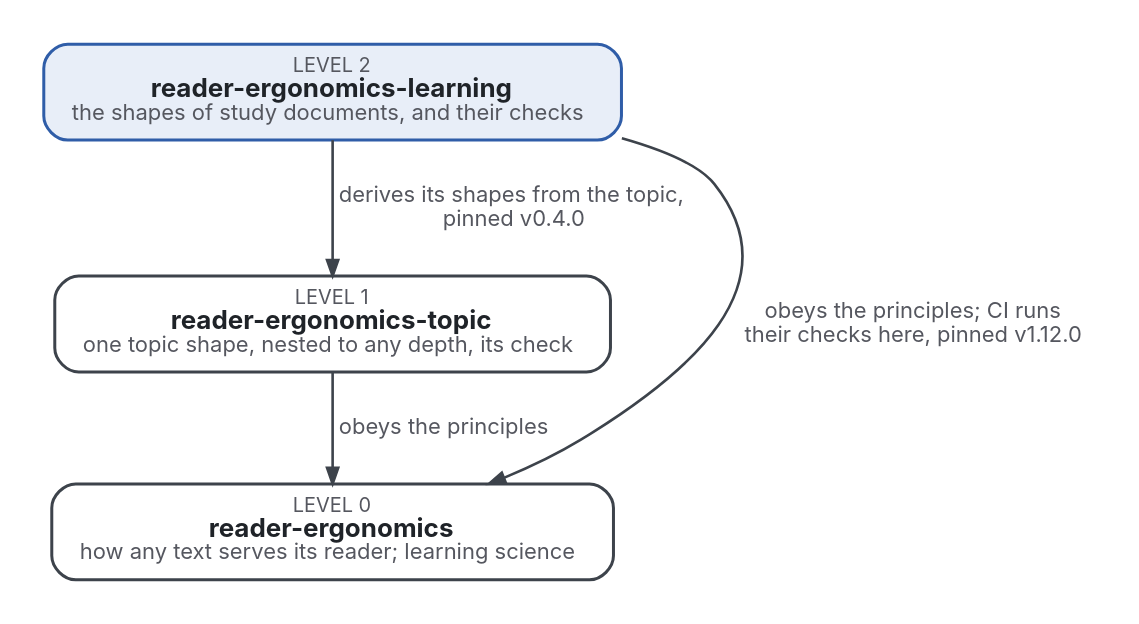
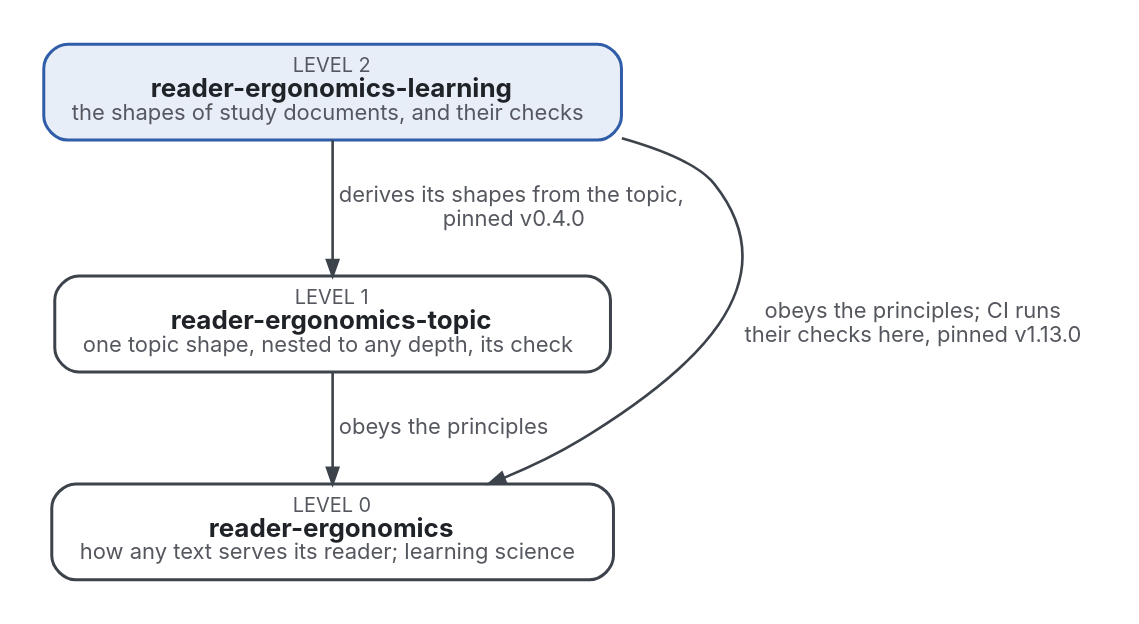
One commit to Tewf/reader-ergonomics-learning changed the diagram in where-it-sits.dot. Above: the diagram before and after it, drawn with Graphviz. The commit also changed 30 other files, not shown here.

```diff
--- a/where-it-sits.dot
+++ b/where-it-sits.dot
@@ -1,11 +1,11 @@
 digraph levels {
   graph [rankdir=TB, nodesep=0.6, ranksep=0.6, bgcolor="white", pad=0.2, fontname="Inter"];
   node  [shape=box, style="rounded,filled", fontname="Inter", fontsize=13, margin="0.2,0.1", penwidth=1.5, fontcolor="#1F2328"];
   edge  [fontname="Inter", fontsize=11, color="#3D434B", fontcolor="#55575F", penwidth=1.3, arrowsize=0.8];
   L [label=<<font point-size="10" color="#55575F">LEVEL 2</font><br/><b>reader-ergonomics-learning</b><br/><font point-size="11" color="#55575F">the shapes of study documents, and their checks</font>>, fillcolor="#E8EEF8", color="#2F5DA8"];
   T [label=<<font point-size="10" color="#55575F">LEVEL 1</font><br/><b>reader-ergonomics-topic</b><br/><font point-size="11" color="#55575F">one topic shape, nested to any depth, its check</font>>, fillcolor="#FFFFFF", color="#3D434B"];
   R [label=<<font point-size="10" color="#55575F">LEVEL 0</font><br/><b>reader-ergonomics</b><br/><font point-size="11" color="#55575F">how any text serves its reader; learning science</font>>, fillcolor="#FFFFFF", color="#3D434B"];
   L -> T [label=<  derives its shapes from the topic,<br/>  pinned v0.4.0>];
   T -> R [label=<  obeys the principles>];
-  L -> R [label=<  obeys the principles; CI runs<br/>  their checks here, pinned v1.12.0>, constraint=false];
+  L -> R [label=<  obeys the principles; CI runs<br/>  their checks here, pinned v1.13.0>, constraint=false];
 }
```
